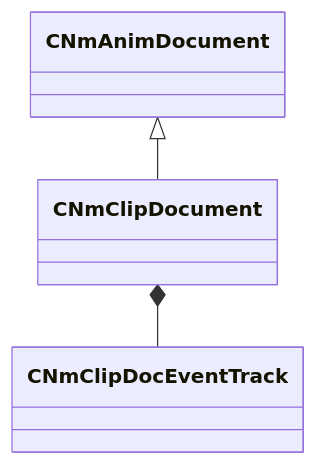
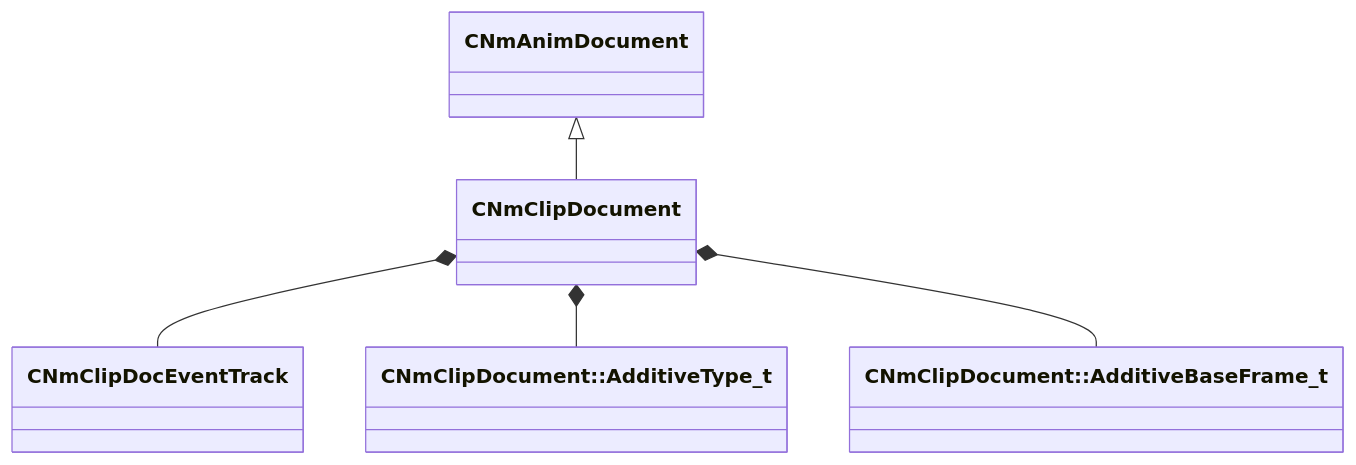
The diagram in docs/generated/schemas/animdoclib/CNmClipDocument.md (CS2OpenDev/CS2OpenDev-Docs), drawn with Mermaid before and after one commit. The commit also changed other lines of this file and 4525 other files, not shown here.

````diff
--- a/docs/generated/schemas/animdoclib/CNmClipDocument.md
+++ b/docs/generated/schemas/animdoclib/CNmClipDocument.md
@@ -17,5 +19,7 @@
 ```mermaid
 classDiagram
     CNmAnimDocument <|-- CNmClipDocument
     CNmClipDocument *-- CNmClipDocEventTrack
+    CNmClipDocument *-- `CNmClipDocument::AdditiveType_t`
+    CNmClipDocument *-- `CNmClipDocument::AdditiveBaseFrame_t`
 ```
````
